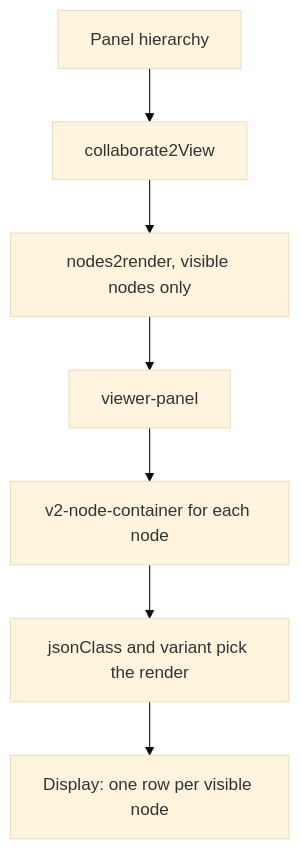
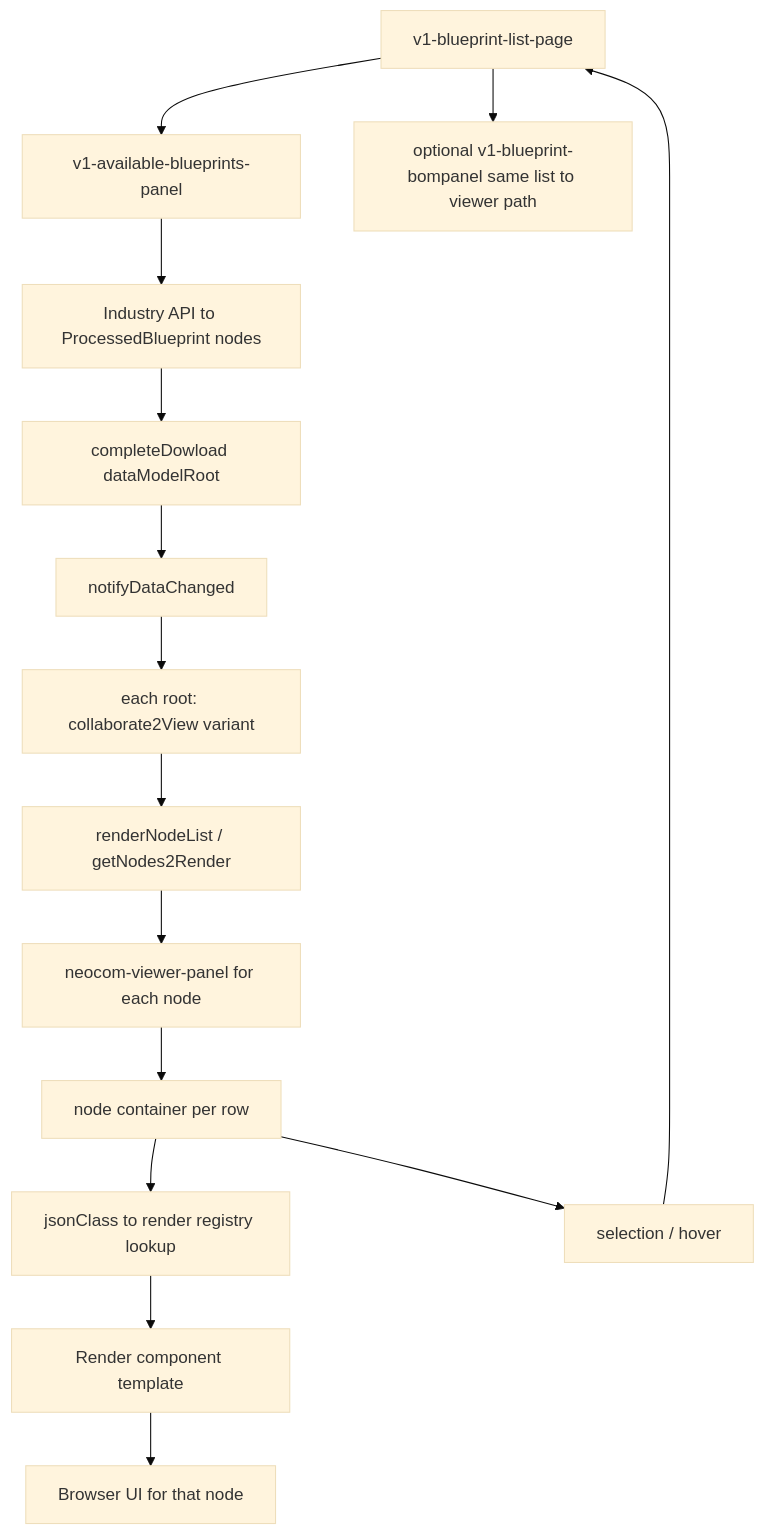
Before and after one commit to AdamAntinoo/neocom-meta: the fifth of 11 diagrams in 05.REQUIREMENTS-DECOMPOSITION/L1/02.EPIC-ANGULAR-CODIFICATION.md, drawn with Mermaid (base theme). The commit also changed other lines of this file and 10 other files, not shown here.

````diff
--- a/05.REQUIREMENTS-DECOMPOSITION/L1/02.EPIC-ANGULAR-CODIFICATION.md
+++ b/05.REQUIREMENTS-DECOMPOSITION/L1/02.EPIC-ANGULAR-CODIFICATION.md
@@ -156,9 +319,17 @@
 ```mermaid
 flowchart TD
-  root["Panel hierarchy"] --> collab["collaborate2View"]
-  collab --> list["nodes2render, visible nodes only"]
-  list --> viewer["viewer-panel"]
-  viewer --> row["v2-node-container for each node"]
-  row --> pick["jsonClass and variant pick the render"]
-  pick --> screen["Display: one row per visible node"]
+  page["v1-blueprint-list-page"] --> panel["v1-available-blueprints-panel"]
+  panel --> api["Industry API to ProcessedBlueprint nodes"]
+  api --> complete["completeDowload dataModelRoot"]
+  complete --> notify["notifyDataChanged"]
+  notify --> collab["each root: collaborate2View variant"]
+  collab --> list["renderNodeList / getNodes2Render"]
+  list --> viewer["neocom-viewer-panel for each node"]
+  viewer --> container["node container per row"]
+  container --> registry["jsonClass to render registry lookup"]
+  registry --> render["Render component template"]
+  render --> browser["Browser UI for that node"]
+  container --> select["selection / hover"]
+  select --> page
+  page --> bom["optional v1-blueprint-bompanel same list to viewer path"]
 ```
````
